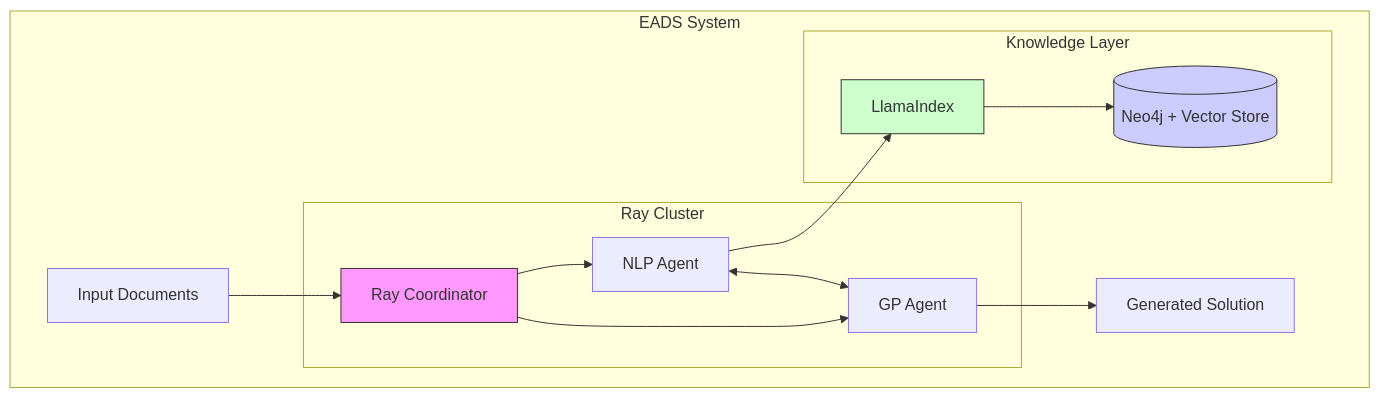
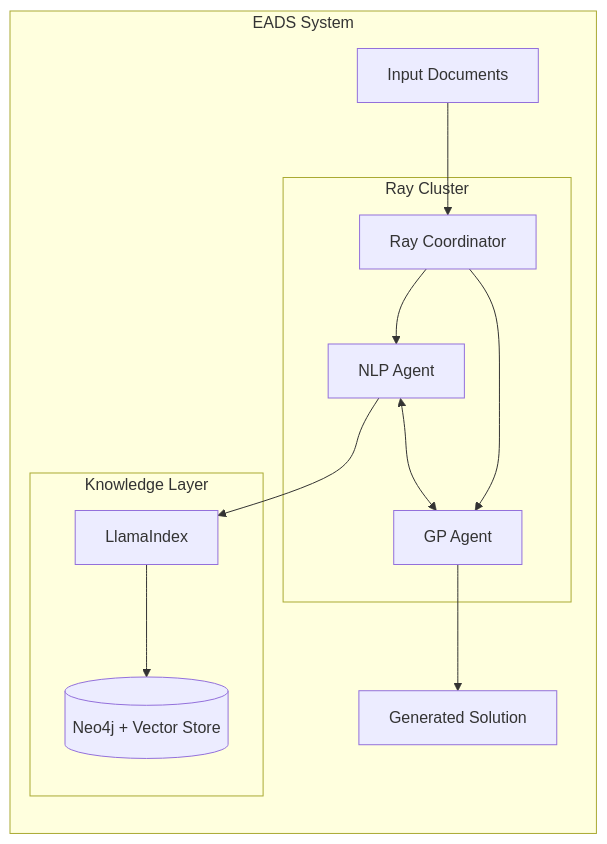
Diagram 14 of 21 in README.md (nshkrdotcom/EADS), drawn with Mermaid before and after one commit. The commit also changed other lines of this file, not shown here.

````diff
--- a/README.md
+++ b/README.md
@@ -1644,23 +1644,19 @@
 ```mermaid
-graph TB
+graph LR
     subgraph "EADS System"
         Input[Input Documents] --> Coord[Ray Coordinator]
-        
+
         subgraph "Ray Cluster"
             Coord --> NLP[NLP Agent]
             Coord --> GP[GP Agent]
             NLP <--> GP
         end
-        
+
         subgraph "Knowledge Layer"
             NLP --> LI[LlamaIndex]
             LI --> Neo[(Neo4j + Vector Store)]
         end
-        
+
         GP --> Output[Generated Solution]
     end
-
-    style Coord fill:#f9f,stroke:#333
-    style Neo fill:#ccf,stroke:#333
-    style LI fill:#cfc,stroke:#333
 ```
````
